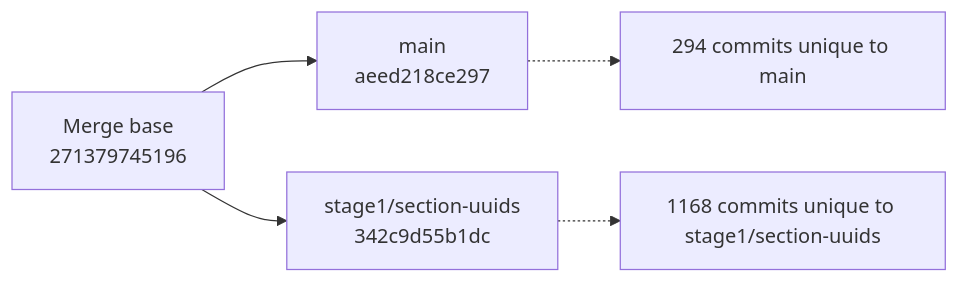
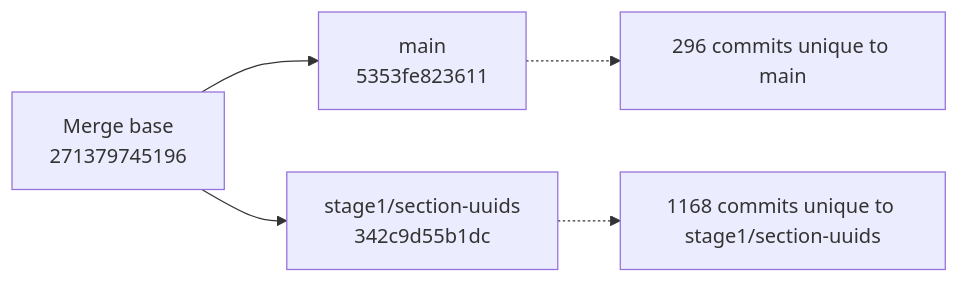
The diagram in branch-graphify-results/latest/git-lineage.mmd (snoopdock/Finite_element_analysis_project), drawn with Mermaid before and after one commit. The commit also changed 8 other files, not shown here.

Commit message:
Update Graphify branch analysis [skip ci]

```diff
--- a/branch-graphify-results/latest/git-lineage.mmd
+++ b/branch-graphify-results/latest/git-lineage.mmd
@@ -1,10 +1,10 @@
 flowchart LR
   MB["Merge base<br/>271379745196"]
-  B["main<br/>aeed218ce297"]
+  B["main<br/>5353fe823611"]
   C["stage1/section-uuids<br/>342c9d55b1dc"]
   MB --> B
   MB --> C
-  B_note["294 commits unique to main"]
+  B_note["296 commits unique to main"]
   C_note["1168 commits unique to stage1/section-uuids"]
   B -.-> B_note
   C -.-> C_note
```
